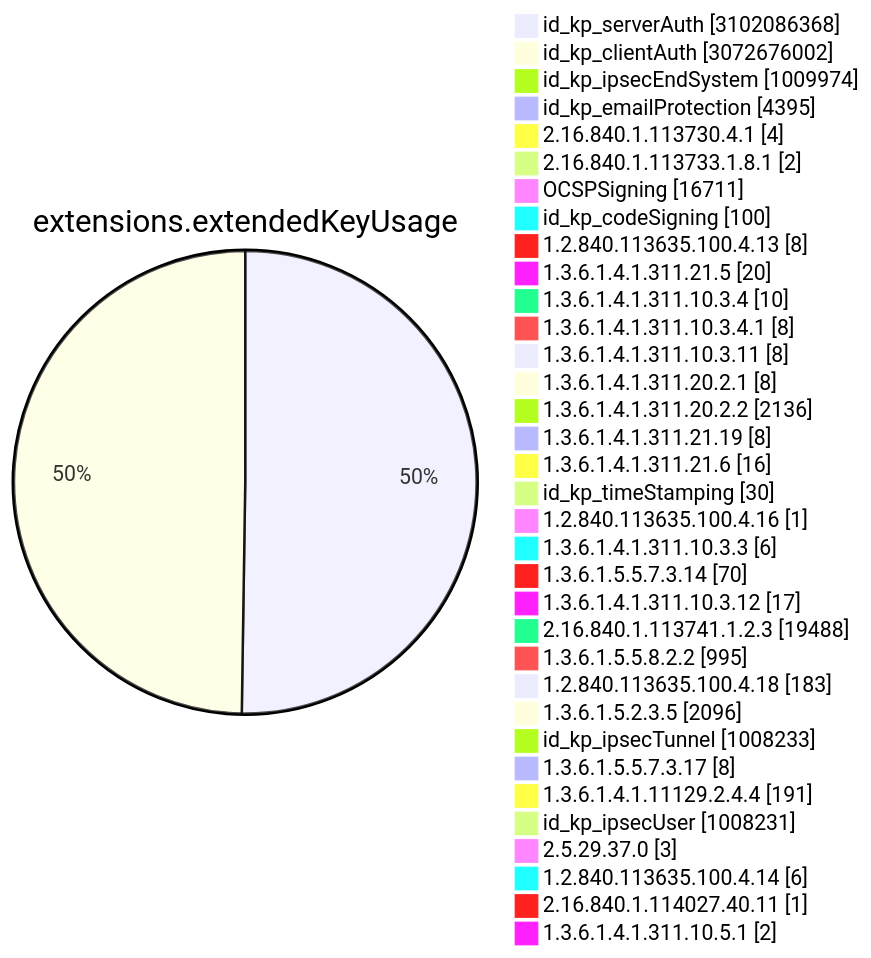
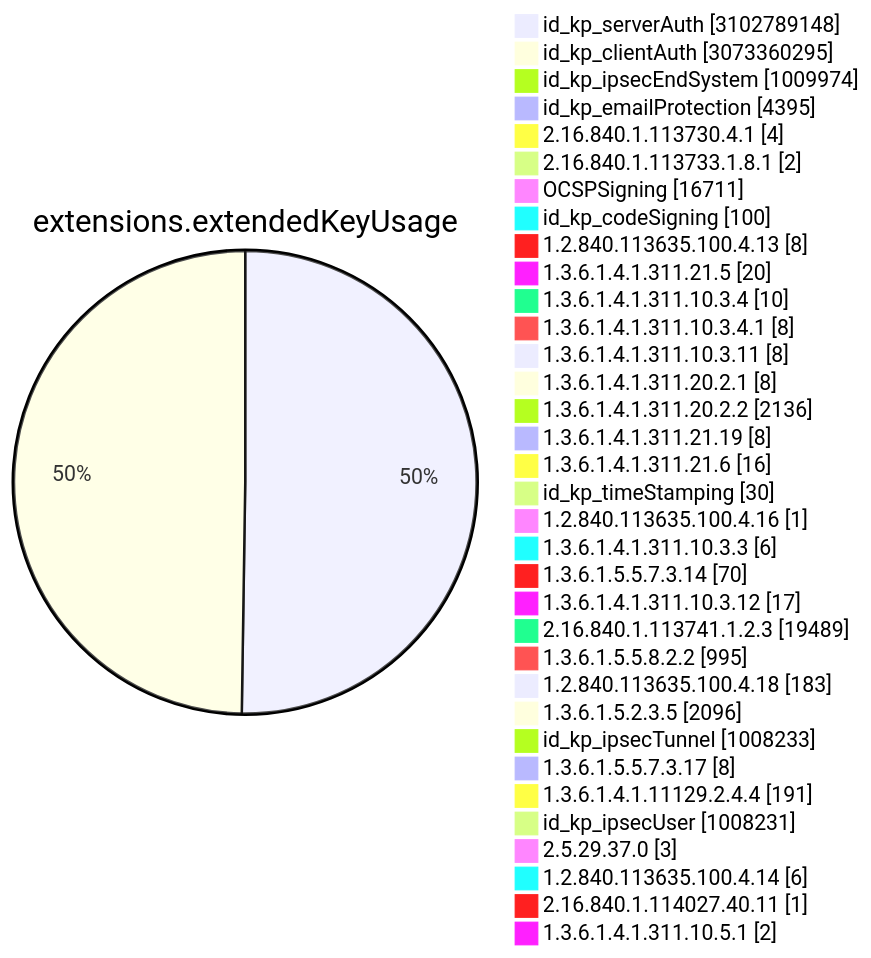
Diagram 11 of 15 in TOTAL/README.md (christiankrug/ctmonitor_visualization), drawn with Mermaid before and after one commit. The commit also changed other lines of this file, not shown here.

````diff
--- a/TOTAL/README.md
+++ b/TOTAL/README.md
@@ -4119,38 +4119,38 @@
 ```mermaid
 pie showData
 title extensions.extendedKeyUsage
-"id_kp_serverAuth" :3102086368
-"id_kp_clientAuth" :3072676002
+"id_kp_serverAuth" :3102789148
+"id_kp_clientAuth" :3073360295
 "id_kp_ipsecEndSystem" :1009974
 "id_kp_emailProtection" :4395
 "2.16.840.1.113730.4.1" :4
 "2.16.840.1.113733.1.8.1" :2
 "OCSPSigning" :16711
 "id_kp_codeSigning" :100
 "1.2.840.113635.100.4.13" :8
 "1.3.6.1.4.1.311.21.5" :20
 "1.3.6.1.4.1.311.10.3.4" :10
 "1.3.6.1.4.1.311.10.3.4.1" :8
 "1.3.6.1.4.1.311.10.3.11" :8
 "1.3.6.1.4.1.311.20.2.1" :8
 "1.3.6.1.4.1.311.20.2.2" :2136
 "1.3.6.1.4.1.311.21.19" :8
 "1.3.6.1.4.1.311.21.6" :16
 "id_kp_timeStamping" :30
 "1.2.840.113635.100.4.16" :1
 "1.3.6.1.4.1.311.10.3.3" :6
 "1.3.6.1.5.5.7.3.14" :70
 "1.3.6.1.4.1.311.10.3.12" :17
-"2.16.840.1.113741.1.2.3" :19488
+"2.16.840.1.113741.1.2.3" :19489
 "1.3.6.1.5.5.8.2.2" :995
 "1.2.840.113635.100.4.18" :183
 "1.3.6.1.5.2.3.5" :2096
 "id_kp_ipsecTunnel" :1008233
 "1.3.6.1.5.5.7.3.17" :8
 "1.3.6.1.4.1.11129.2.4.4" :191
 "id_kp_ipsecUser" :1008231
 "2.5.29.37.0" :3
 "1.2.840.113635.100.4.14" :6
 "2.16.840.1.114027.40.11" :1
 "1.3.6.1.4.1.311.10.5.1" :2
 ```
````
